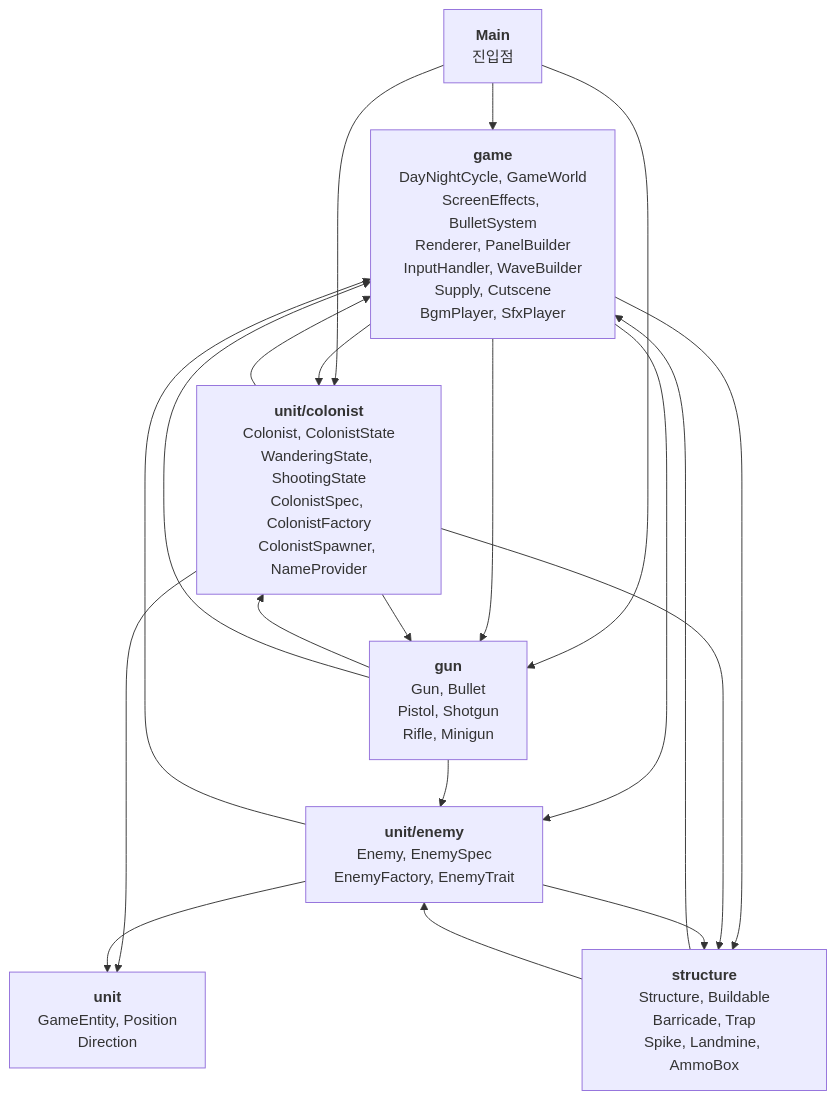
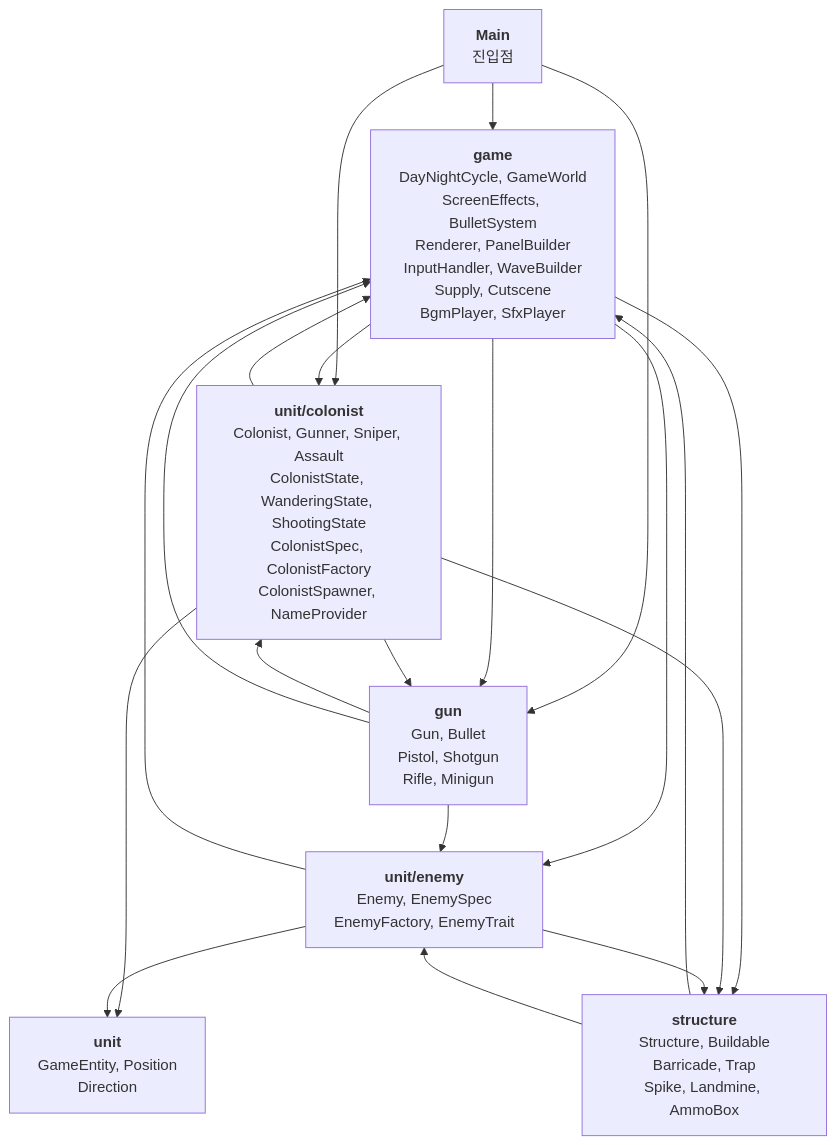
Before and after one commit to weweweme/teamnova_basic_class: diagram 12 of 12 in week6/CLAUDE.md, drawn with Mermaid. The commit also changed other lines of this file, not shown here.

Commit message:
docs: CLAUDE.md에 Colonist 서브클래스 및 전투 특수공격 반영

````diff
--- a/week6/CLAUDE.md
+++ b/week6/CLAUDE.md
@@ -456,35 +477,35 @@
 ```mermaid
 graph TB
     Main["<b>Main</b><br/>진입점"]
     game["<b>game</b><br/>DayNightCycle, GameWorld<br/>ScreenEffects, BulletSystem<br/>Renderer, PanelBuilder<br/>InputHandler, WaveBuilder<br/>Supply, Cutscene<br/>BgmPlayer, SfxPlayer"]
-    colonist["<b>unit/colonist</b><br/>Colonist, ColonistState<br/>WanderingState, ShootingState<br/>ColonistSpec, ColonistFactory<br/>ColonistSpawner, NameProvider"]
+    colonist["<b>unit/colonist</b><br/>Colonist, Gunner, Sniper, Assault<br/>ColonistState, WanderingState, ShootingState<br/>ColonistSpec, ColonistFactory<br/>ColonistSpawner, NameProvider"]
     enemy["<b>unit/enemy</b><br/>Enemy, EnemySpec<br/>EnemyFactory, EnemyTrait"]
     gun["<b>gun</b><br/>Gun, Bullet<br/>Pistol, Shotgun<br/>Rifle, Minigun"]
     structure["<b>structure</b><br/>Structure, Buildable<br/>Barricade, Trap<br/>Spike, Landmine, AmmoBox"]
     unit["<b>unit</b><br/>GameEntity, Position<br/>Direction"]
 
     Main --> game
     Main --> colonist
     Main --> gun
 
     game --> colonist
     game --> enemy
     game --> gun
     game --> structure
 
     colonist --> unit
     colonist --> gun
     colonist --> structure
     colonist --> game
 
     enemy --> unit
     enemy --> structure
     enemy --> game
 
     gun --> colonist
     gun --> enemy
     gun --> game
 
     structure --> game
     structure --> enemy
 ```
````
